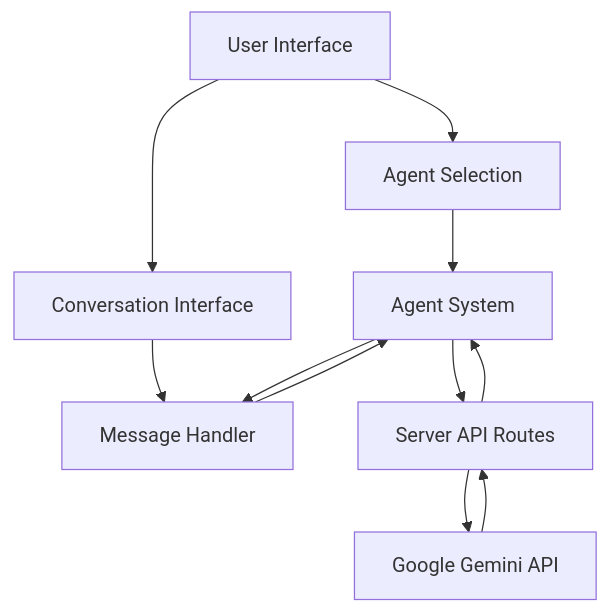
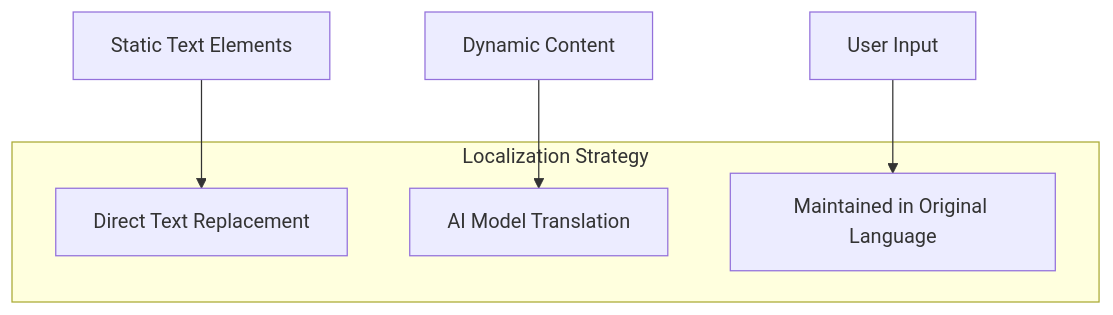
The fifth of 6 diagrams in memory-bank/systemPatterns.md (cuongbuoi/retro-ai-agent), drawn with Mermaid before and after one commit. The commit also changed other lines of this file and 12 other files, not shown here.

````diff
--- a/memory-bank/systemPatterns.md
+++ b/memory-bank/systemPatterns.md
@@ -7,13 +66,11 @@
 ```mermaid
-flowchart TD
-    UI[User Interface] --> Selection[Agent Selection]
-    UI --> Conversation[Conversation Interface]
-    Selection --> AgentSystem[Agent System]
-    Conversation --> Messaging[Message Handler]
-    Messaging --> AgentSystem
-    AgentSystem --> API[Server API Routes]
-    API --> GeminiAPI[Google Gemini API]
-    GeminiAPI --> API
-    API --> AgentSystem
-    AgentSystem --> Messaging
+flowchart TB
+    StaticText[Static Text Elements] --> DirectReplacement[Direct Text Replacement]
+    DynamicText[Dynamic Content] --> ModelTranslation[AI Model Translation]
+    UserInput[User Input] --> OriginalLanguage[Maintained in Original Language]
+    subgraph Localization Strategy
+        DirectReplacement
+        ModelTranslation
+        OriginalLanguage
+    end
 ```
````
